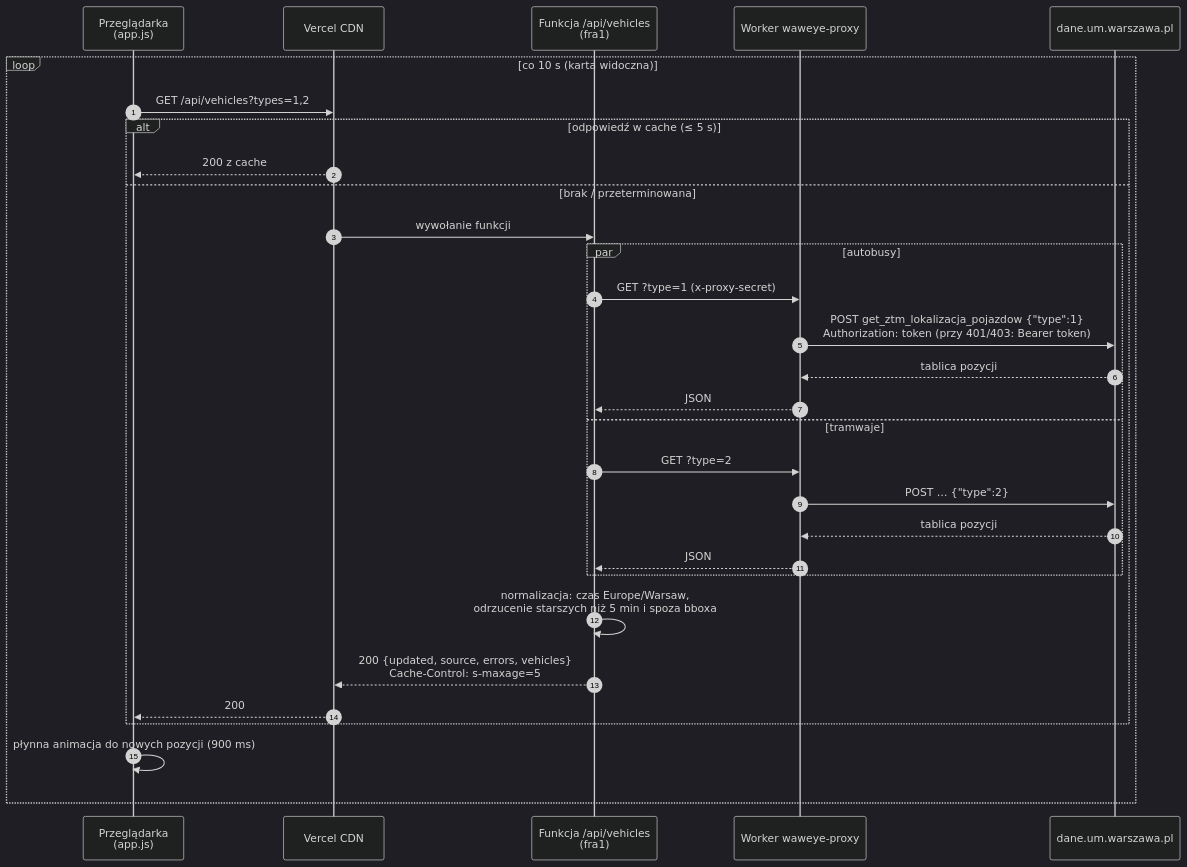
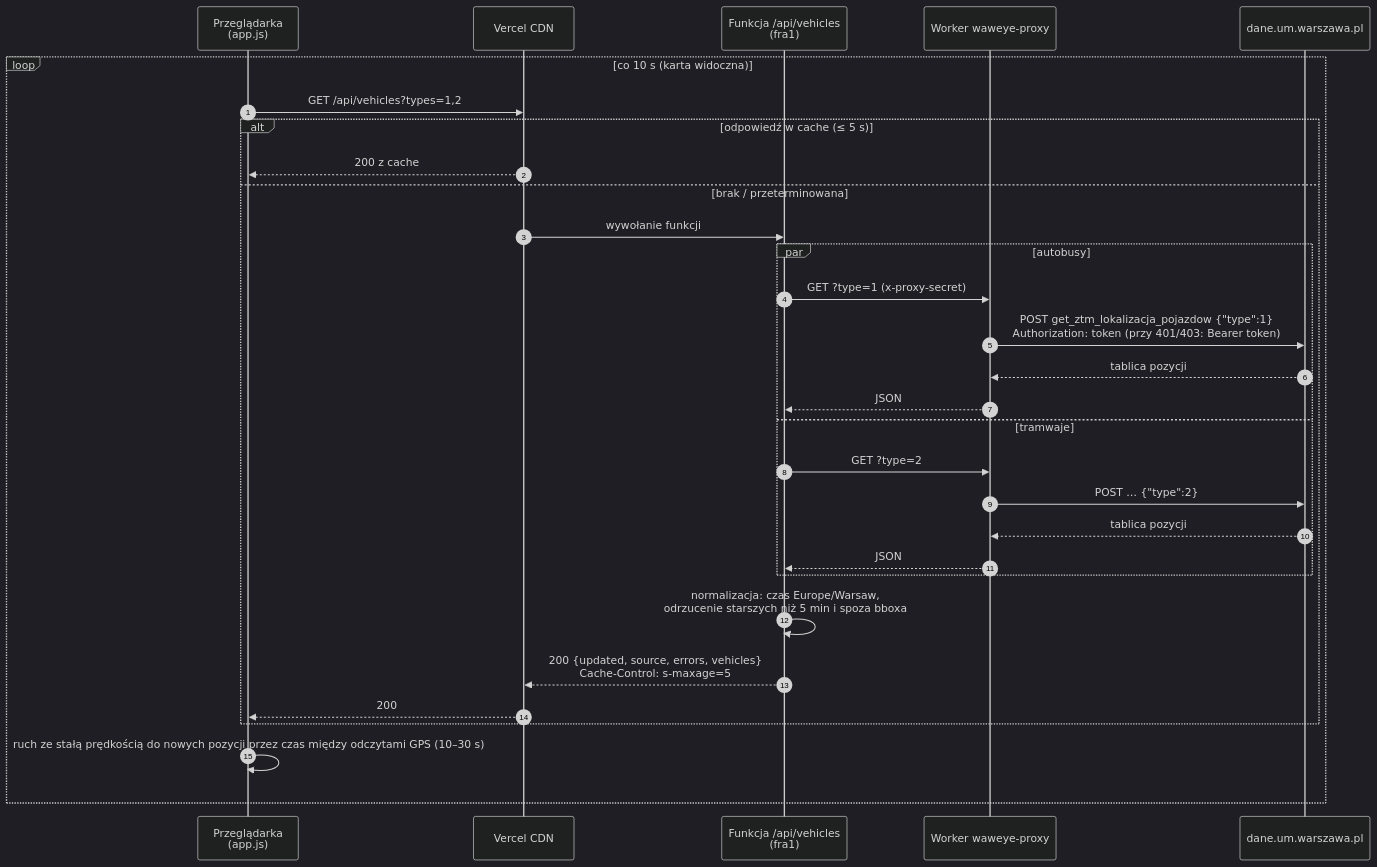
The fourth of 14 diagrams in waweye/ARCHITEKTURA.md (pacy2u/waweye), drawn with Mermaid (dark theme) before and after one commit. The commit also changed 3 other files, not shown here.

First line of the commit message:
Pojazdy jadą płynnie ze stałą prędkością między odczytami GPS

````diff
--- a/waweye/ARCHITEKTURA.md
+++ b/waweye/ARCHITEKTURA.md
@@ -184,33 +184,33 @@
 ```mermaid
 sequenceDiagram
     autonumber
     participant B as Przeglądarka<br/>(app.js)
     participant E as Vercel CDN
     participant F as Funkcja /api/vehicles<br/>(fra1)
     participant W as Worker waweye-proxy
     participant M as dane.um.warszawa.pl
 
     loop co 10 s (karta widoczna)
         B->>E: GET /api/vehicles?types=1,2
         alt odpowiedź w cache (≤ 5 s)
             E-->>B: 200 z cache
         else brak / przeterminowana
             E->>F: wywołanie funkcji
             par autobusy
                 F->>W: GET ?type=1 (x-proxy-secret)
                 W->>M: POST get_ztm_lokalizacja_pojazdow {"type":1}<br/>Authorization: token (przy 401/403: Bearer token)
                 M-->>W: tablica pozycji
                 W-->>F: JSON
             and tramwaje
                 F->>W: GET ?type=2
                 W->>M: POST … {"type":2}
                 M-->>W: tablica pozycji
                 W-->>F: JSON
             end
             F->>F: normalizacja: czas Europe/Warsaw,<br/>odrzucenie starszych niż 5 min i spoza bboxa
             F-->>E: 200 {updated, source, errors, vehicles}<br/>Cache-Control: s-maxage=5
             E-->>B: 200
         end
-        B->>B: płynna animacja do nowych pozycji (900 ms)
+        B->>B: ruch ze stałą prędkością do nowych pozycji przez czas między odczytami GPS (10–30 s)
     end
 ```
````
